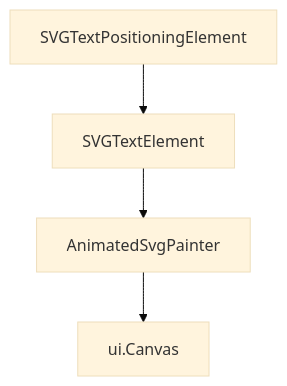
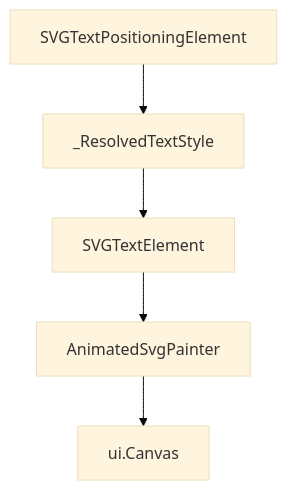
One commit to denisnadey/flutter_full_svg_support changed the fifth of 5 diagrams in .qoder/repowiki/en/content/Animated SVG Support/Text Positioning Attributes.md. Above: the diagram before and after it, drawn with Mermaid (base theme). The commit also changed other lines of this file and 86 other files, not shown here.

````diff
--- a/.qoder/repowiki/en/content/Animated SVG Support/Text Positioning Attributes.md
+++ b/.qoder/repowiki/en/content/Animated SVG Support/Text Positioning Attributes.md
@@ -185,6 +332,7 @@
 ```mermaid
 graph TB
-SVGTextPositioningElement["SVGTextPositioningElement"] --> SVGTextElement["SVGTextElement"]
+SVGTextPositioningElement["SVGTextPositioningElement"] --> CSSResolver["_ResolvedTextStyle"]
+CSSResolver --> SVGTextElement["SVGTextElement"]
 SVGTextElement --> AnimatedSvgPainter["AnimatedSvgPainter"]
 AnimatedSvgPainter --> Canvas["ui.Canvas"]
 ```
````
